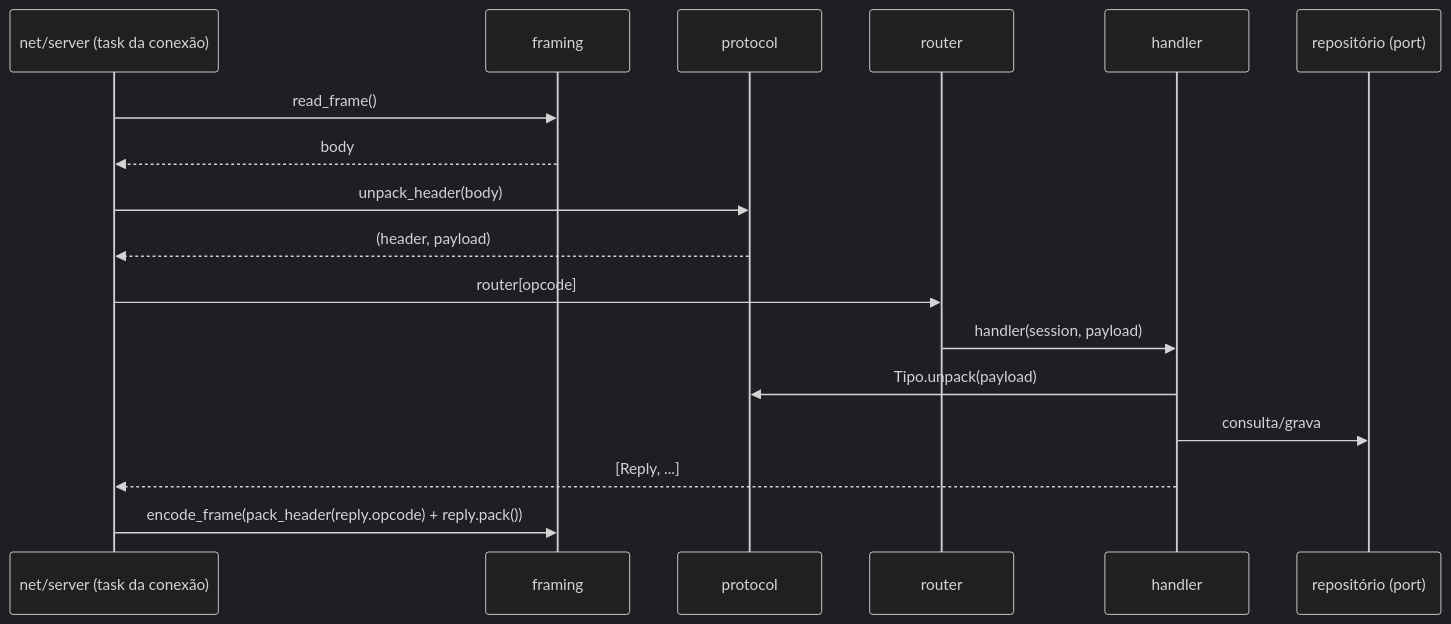
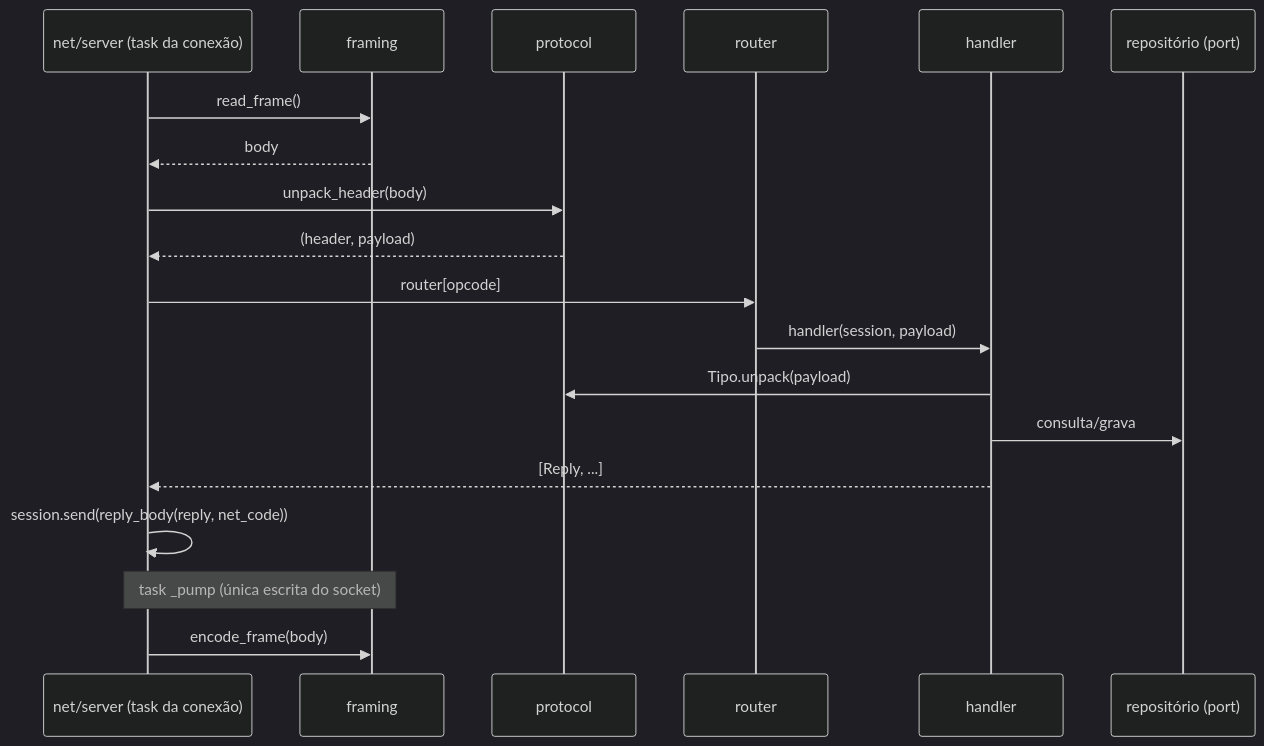
One commit to erycson/landmass-emulator changed the second of 2 diagrams in docs/architecture/03-emulator.md. Above: the diagram before and after it, drawn with Mermaid (dark theme). The commit also changed other lines of this file and 18 other files, not shown here.

````diff
--- a/docs/architecture/03-emulator.md
+++ b/docs/architecture/03-emulator.md
@@ -76,19 +80,21 @@
 ```mermaid
 sequenceDiagram
   participant N as net/server (task da conexão)
   participant F as framing
   participant P as protocol
   participant R as router
   participant H as handler
   participant Repo as repositório (port)
   N->>F: read_frame()
   F-->>N: body
   N->>P: unpack_header(body)
   P-->>N: (header, payload)
   N->>R: router[opcode]
   R->>H: handler(session, payload)
   H->>P: Tipo.unpack(payload)
   H->>Repo: consulta/grava
   H-->>N: [Reply, ...]
-  N->>F: encode_frame(pack_header(reply.opcode) + reply.pack())
+  N->>N: session.send(reply_body(reply, net_code))
+  Note over N,F: task _pump (única escrita do socket)
+  N->>F: encode_frame(body)
 ```
````
